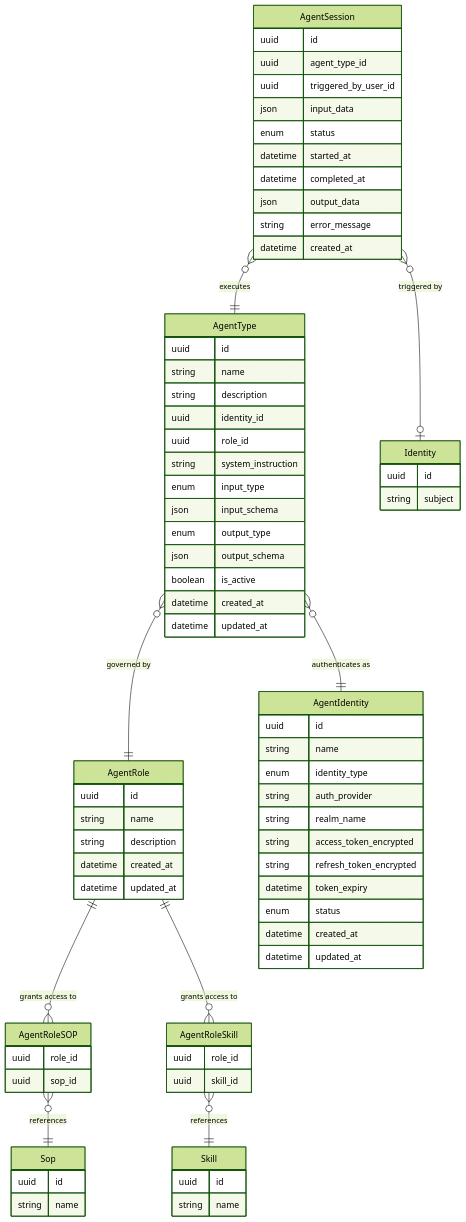
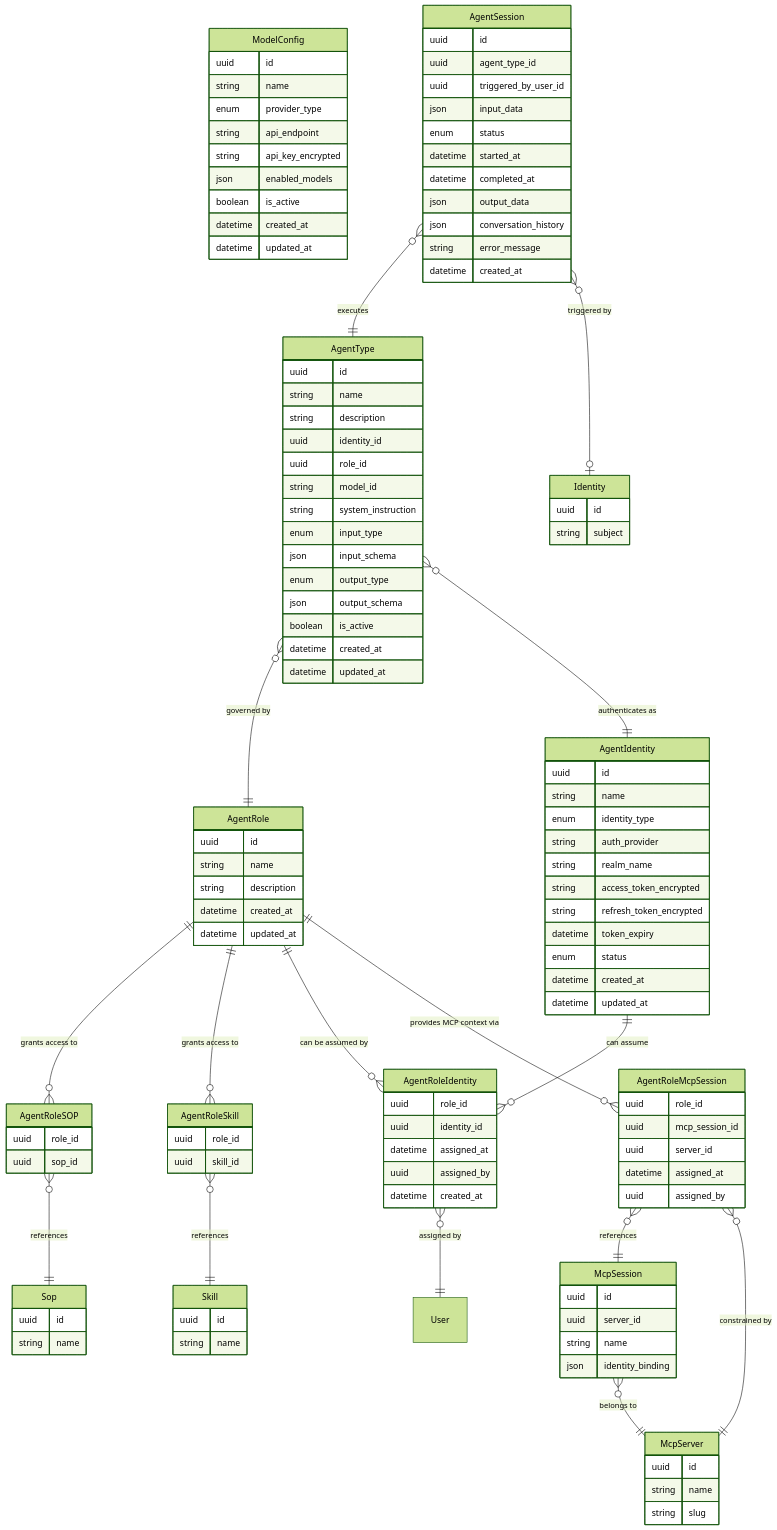
One commit to hurungang/parthenon changed the diagram in docs/changes/implement-agent-runtime-with-gateway/data-model.md. Above: the diagram before and after it, drawn with Mermaid (forest theme). The commit also changed other lines of this file and 151 other files, not shown here.

````diff
--- a/docs/changes/implement-agent-runtime-with-gateway/data-model.md
+++ b/docs/changes/implement-agent-runtime-with-gateway/data-model.md
@@ -9,11 +9,29 @@
 ```mermaid
 erDiagram
+    ModelConfig {
+        uuid id
+        string name
+        enum provider_type
+        string api_endpoint
+        string api_key_encrypted
+        json enabled_models
+        boolean is_active
+        datetime created_at
+        datetime updated_at
+    }
     AgentRole {
         uuid id
         string name
         string description
         datetime created_at
         datetime updated_at
+    }
+    AgentRoleIdentity {
+        uuid role_id
+        uuid identity_id
+        datetime assigned_at
+        uuid assigned_by
+        datetime created_at
     }
     AgentRoleSOP {
         uuid role_id
@@ -22,6 +40,13 @@
     AgentRoleSkill {
         uuid role_id
         uuid skill_id
+    }
+    AgentRoleMcpSession {
+        uuid role_id
+        uuid mcp_session_id
+        uuid server_id
+        datetime assigned_at
+        uuid assigned_by
     }
     AgentIdentity {
         uuid id
@@ -42,6 +67,7 @@
         string description
         uuid identity_id
         uuid role_id
+        string model_id
         string system_instruction
         enum input_type
         json input_schema
@@ -60,8 +86,20 @@
         datetime started_at
         datetime completed_at
         json output_data
+        json conversation_history
         string error_message
         datetime created_at
+    }
+    McpServer {
+        uuid id
+        string name
+        string slug
+    }
+    McpSession {
+        uuid id
+        uuid server_id
+        string name
+        json identity_binding
     }
     Sop {
         uuid id
@@ -78,8 +116,15 @@
 
     AgentRole ||--o{ AgentRoleSOP : "grants access to"
     AgentRole ||--o{ AgentRoleSkill : "grants access to"
+    AgentRole ||--o{ AgentRoleIdentity : "can be assumed by"
+    AgentRole ||--o{ AgentRoleMcpSession : "provides MCP context via"
+    AgentIdentity ||--o{ AgentRoleIdentity : "can assume"
+    AgentRoleIdentity }o--|| User : "assigned by"
     AgentRoleSOP }o--|| Sop : "references"
     AgentRoleSkill }o--|| Skill : "references"
+    AgentRoleMcpSession }o--|| McpSession : "references"
+    AgentRoleMcpSession }o--|| McpServer : "constrained by"
+    McpSession }o--|| McpServer : "belongs to"
     AgentType }o--|| AgentRole : "governed by"
     AgentType }o--|| AgentIdentity : "authenticates as"
     AgentSession }o--|| AgentType : "executes"
````
